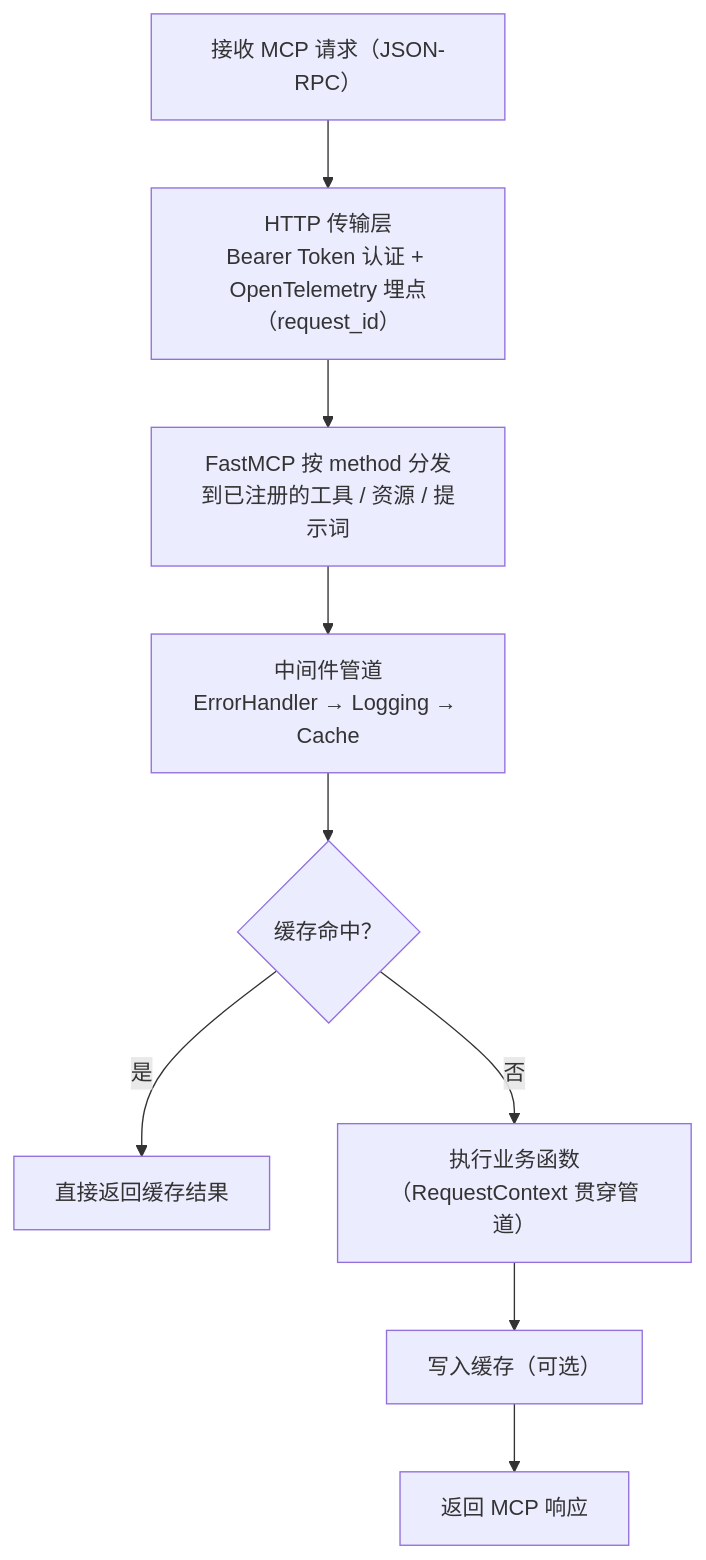
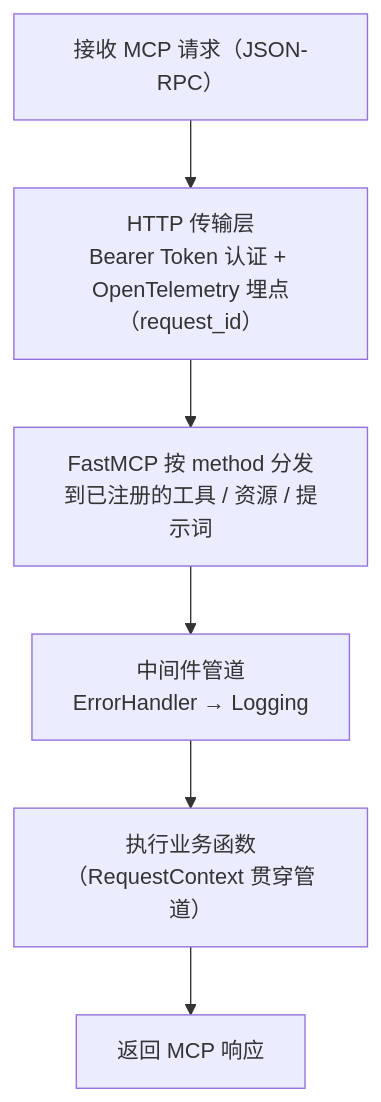
Before and after one commit to chain-engine/x-QiuChi: the third of 4 diagrams in README.md, drawn with Mermaid. The commit also changed other lines of this file and 31 other files, not shown here.

````diff
--- a/README.md
+++ b/README.md
@@ -512,11 +509,8 @@
 ```mermaid
 flowchart TD
     R1["接收 MCP 请求（JSON-RPC）"] --> R2["HTTP 传输层<br/>Bearer Token 认证 + OpenTelemetry 埋点（request_id）"]
     R2 --> R3["FastMCP 按 method 分发<br/>到已注册的工具 / 资源 / 提示词"]
-    R3 --> R4["中间件管道<br/>ErrorHandler → Logging → Cache"]
-    R4 --> R5{"缓存命中？"}
-    R5 -->|"是"| R8["直接返回缓存结果"]
-    R5 -->|"否"| R6["执行业务函数<br/>（RequestContext 贯穿管道）"]
-    R6 --> R7["写入缓存（可选）"]
-    R7 --> R9["返回 MCP 响应"]
+    R3 --> R4["中间件管道<br/>ErrorHandler → Logging"]
+    R4 --> R6["执行业务函数<br/>（RequestContext 贯穿管道）"]
+    R6 --> R9["返回 MCP 响应"]
 ```
````
